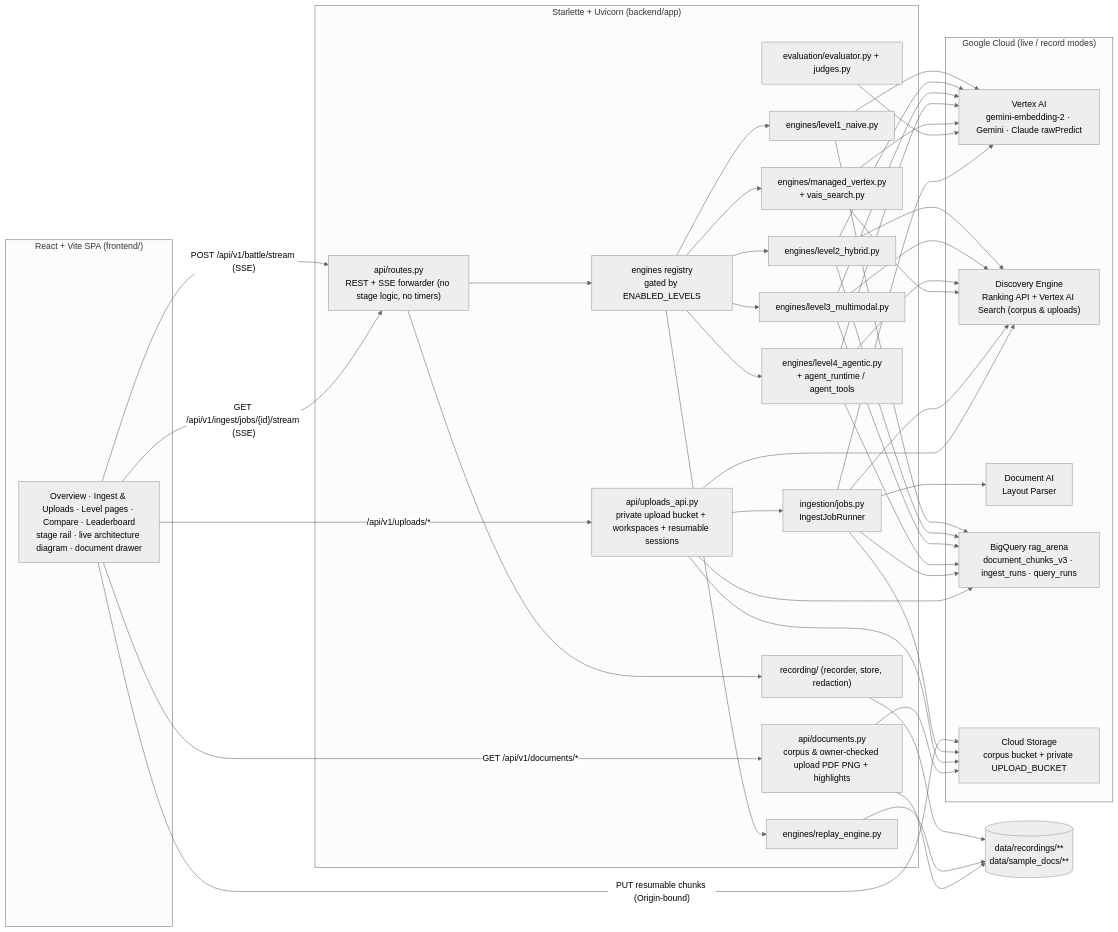
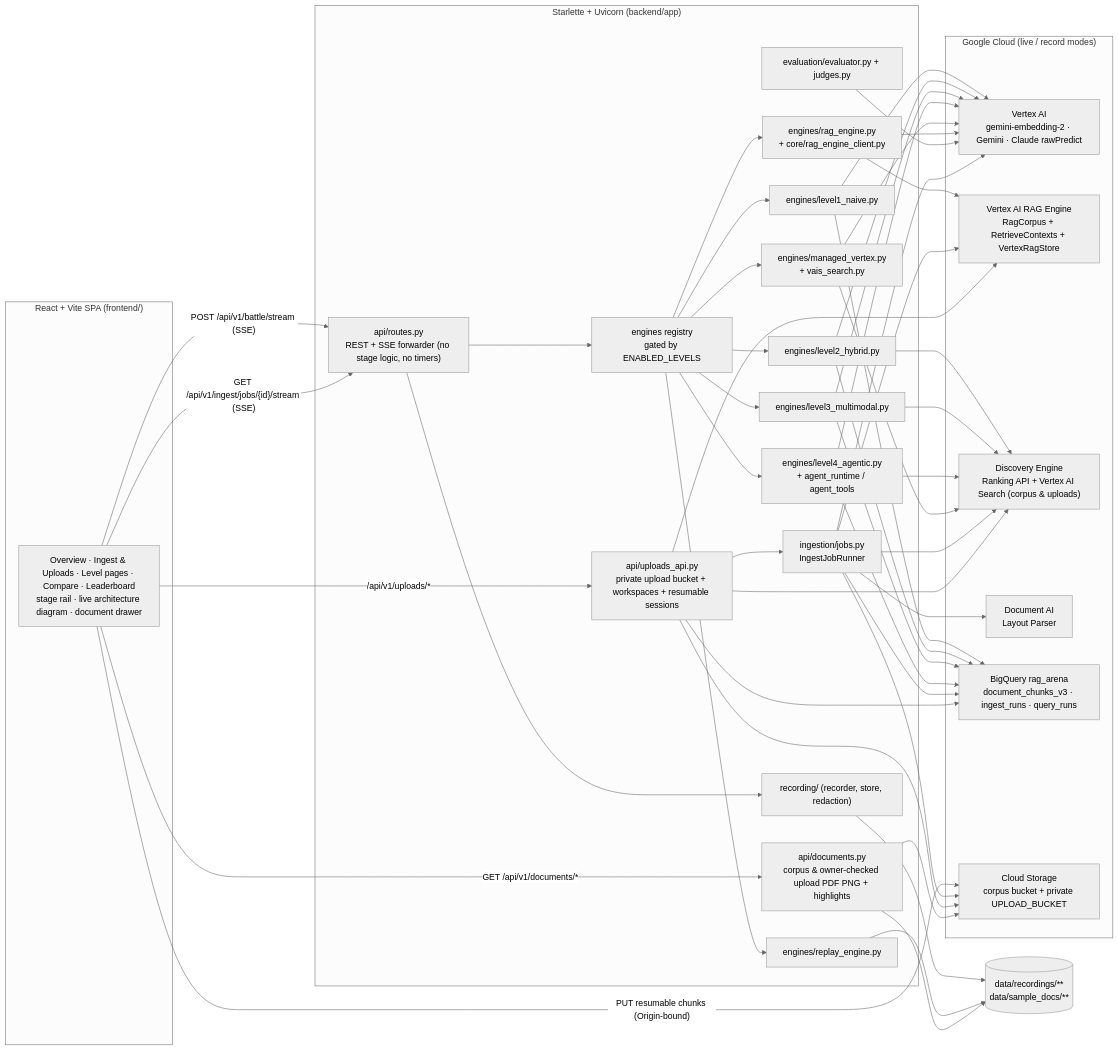
The diagram in docs/ARCHITECTURE.md (nishitpatel01/rag-arena), drawn with Mermaid (neutral theme) before and after one commit. The commit also changed other lines of this file and 56 other files, not shown here.

````diff
--- a/docs/ARCHITECTURE.md
+++ b/docs/ARCHITECTURE.md
@@ -28,47 +28,50 @@
 ```mermaid
 flowchart LR
     subgraph Browser["React + Vite SPA (frontend/)"]
         UI["Overview · Ingest & Uploads · Level pages · Compare · Leaderboard<br/>stage rail · live architecture diagram · document drawer"]
     end
     subgraph API["Starlette + Uvicorn (backend/app)"]
         R["api/routes.py<br/>REST + SSE forwarder (no stage logic, no timers)"]
         UP["api/uploads_api.py<br/>private upload bucket + workspaces + resumable sessions"]
         D["api/documents.py<br/>corpus & owner-checked upload PDF PNG + highlights"]
         REG["engines registry<br/>gated by ENABLED_LEVELS"]
         L1["engines/level1_naive.py"]
         L2["engines/level2_hybrid.py"]
         L3["engines/level3_multimodal.py"]
         L4["engines/level4_agentic.py<br/>+ agent_runtime / agent_tools"]
         L5["engines/managed_vertex.py<br/>+ vais_search.py"]
+        L6["engines/rag_engine.py<br/>+ core/rag_engine_client.py"]
         RP["engines/replay_engine.py"]
         EV["evaluation/evaluator.py + judges.py"]
         IJ["ingestion/jobs.py<br/>IngestJobRunner"]
         REC["recording/ (recorder, store, redaction)"]
     end
     subgraph GCP["Google Cloud (live / record modes)"]
         VX["Vertex AI<br/>gemini-embedding-2 · Gemini · Claude rawPredict"]
+        VRE["Vertex AI RAG Engine<br/>RagCorpus + RetrieveContexts + VertexRagStore"]
         RA["Discovery Engine<br/>Ranking API + Vertex AI Search (corpus & uploads)"]
         DA["Document AI<br/>Layout Parser"]
         BQ["BigQuery rag_arena<br/>document_chunks_v3 · ingest_runs · query_runs"]
         GCS["Cloud Storage<br/>corpus bucket + private UPLOAD_BUCKET"]
     end
     FS[("data/recordings/**<br/>data/sample_docs/**")]
 
     UI -- "POST /api/v1/battle/stream (SSE)" --> R
     UI -- "GET /api/v1/ingest/jobs/{id}/stream (SSE)" --> R
     UI -- "/api/v1/uploads/*" --> UP
     UI -- "PUT resumable chunks (Origin-bound)" --> GCS
     UI -- "GET /api/v1/documents/*" --> D
-    R --> REG --> L1 & L2 & L3 & L4 & L5 & RP
+    R --> REG --> L1 & L2 & L3 & L4 & L5 & L6 & RP
     L1 --> VX & BQ
     L2 --> VX & BQ & RA
     L3 --> VX & BQ & RA
     L4 --> VX & BQ & RA
     L5 --> VX & RA
+    L6 --> VX & VRE
     EV --> VX
-    IJ --> VX & BQ & DA & RA & GCS
-    UP --> GCS & BQ & RA & IJ
+    IJ --> VX & VRE & BQ & DA & RA & GCS
+    UP --> GCS & BQ & RA & VRE & IJ
     R --> REC --> FS
     RP --> FS
     D --> FS & GCS
 ```
````
